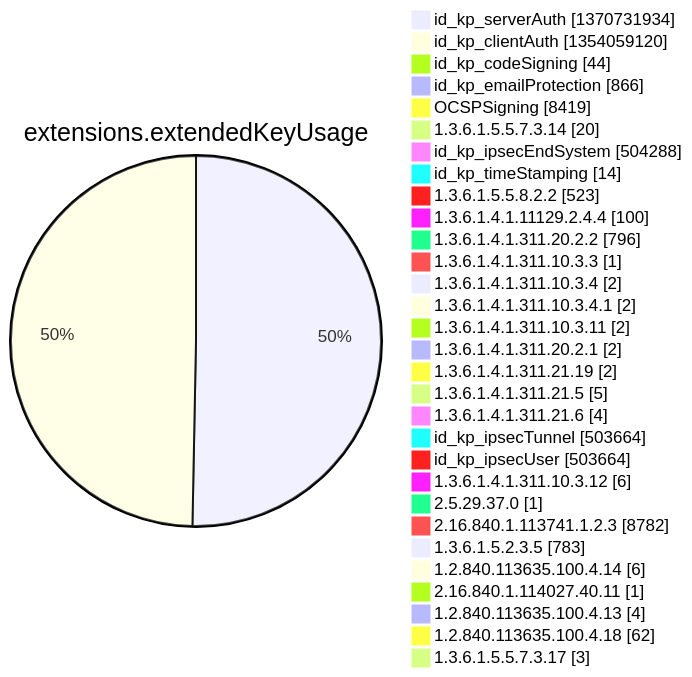
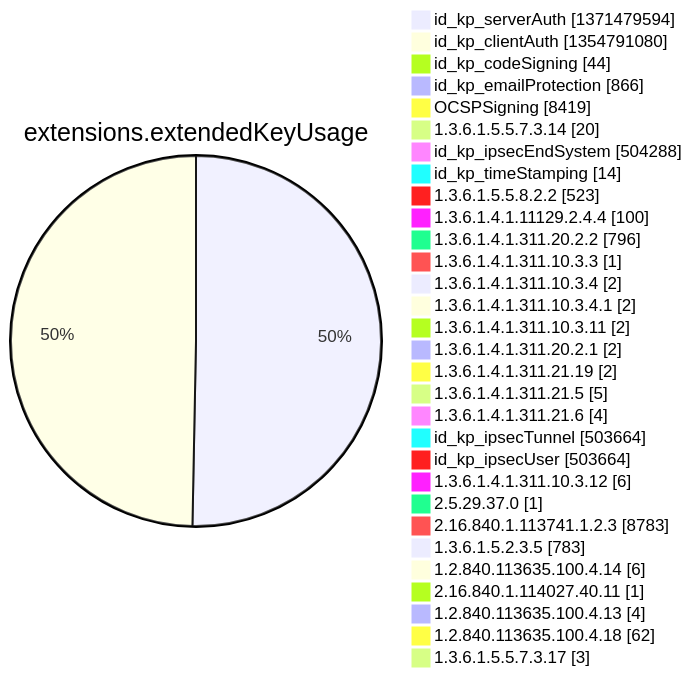
One commit to christiankrug/ctmonitor_visualization changed diagram 12 of 15 in argon2022/README.md. Above: the diagram before and after it, drawn with Mermaid. The commit also changed other lines of this file, not shown here.

````diff
--- a/argon2022/README.md
+++ b/argon2022/README.md
@@ -3553,34 +3553,34 @@
 ```mermaid
 pie showData
 title extensions.extendedKeyUsage
-"id_kp_serverAuth" :1370731934
-"id_kp_clientAuth" :1354059120
+"id_kp_serverAuth" :1371479594
+"id_kp_clientAuth" :1354791080
 "id_kp_codeSigning" :44
 "id_kp_emailProtection" :866
 "OCSPSigning" :8419
 "1.3.6.1.5.5.7.3.14" :20
 "id_kp_ipsecEndSystem" :504288
 "id_kp_timeStamping" :14
 "1.3.6.1.5.5.8.2.2" :523
 "1.3.6.1.4.1.11129.2.4.4" :100
 "1.3.6.1.4.1.311.20.2.2" :796
 "1.3.6.1.4.1.311.10.3.3" :1
 "1.3.6.1.4.1.311.10.3.4" :2
 "1.3.6.1.4.1.311.10.3.4.1" :2
 "1.3.6.1.4.1.311.10.3.11" :2
 "1.3.6.1.4.1.311.20.2.1" :2
 "1.3.6.1.4.1.311.21.19" :2
 "1.3.6.1.4.1.311.21.5" :5
 "1.3.6.1.4.1.311.21.6" :4
 "id_kp_ipsecTunnel" :503664
 "id_kp_ipsecUser" :503664
 "1.3.6.1.4.1.311.10.3.12" :6
 "2.5.29.37.0" :1
-"2.16.840.1.113741.1.2.3" :8782
+"2.16.840.1.113741.1.2.3" :8783
 "1.3.6.1.5.2.3.5" :783
 "1.2.840.113635.100.4.14" :6
 "2.16.840.1.114027.40.11" :1
 "1.2.840.113635.100.4.13" :4
 "1.2.840.113635.100.4.18" :62
 "1.3.6.1.5.5.7.3.17" :3
 ```
````
